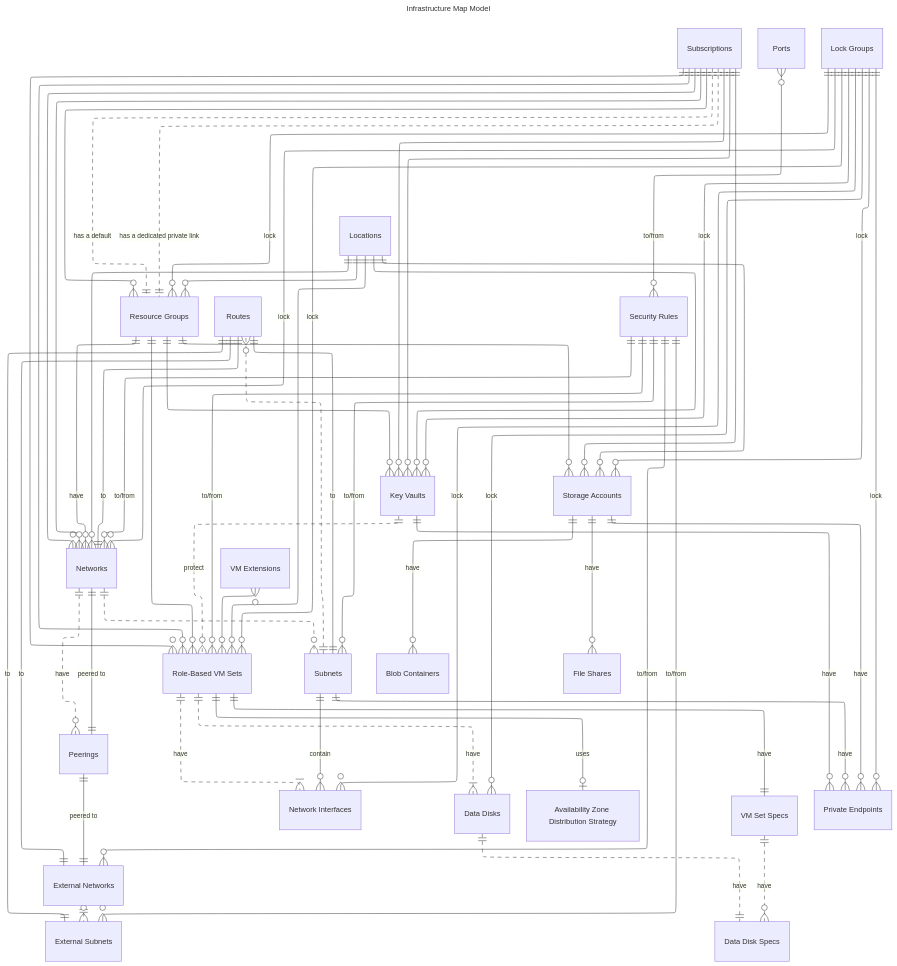
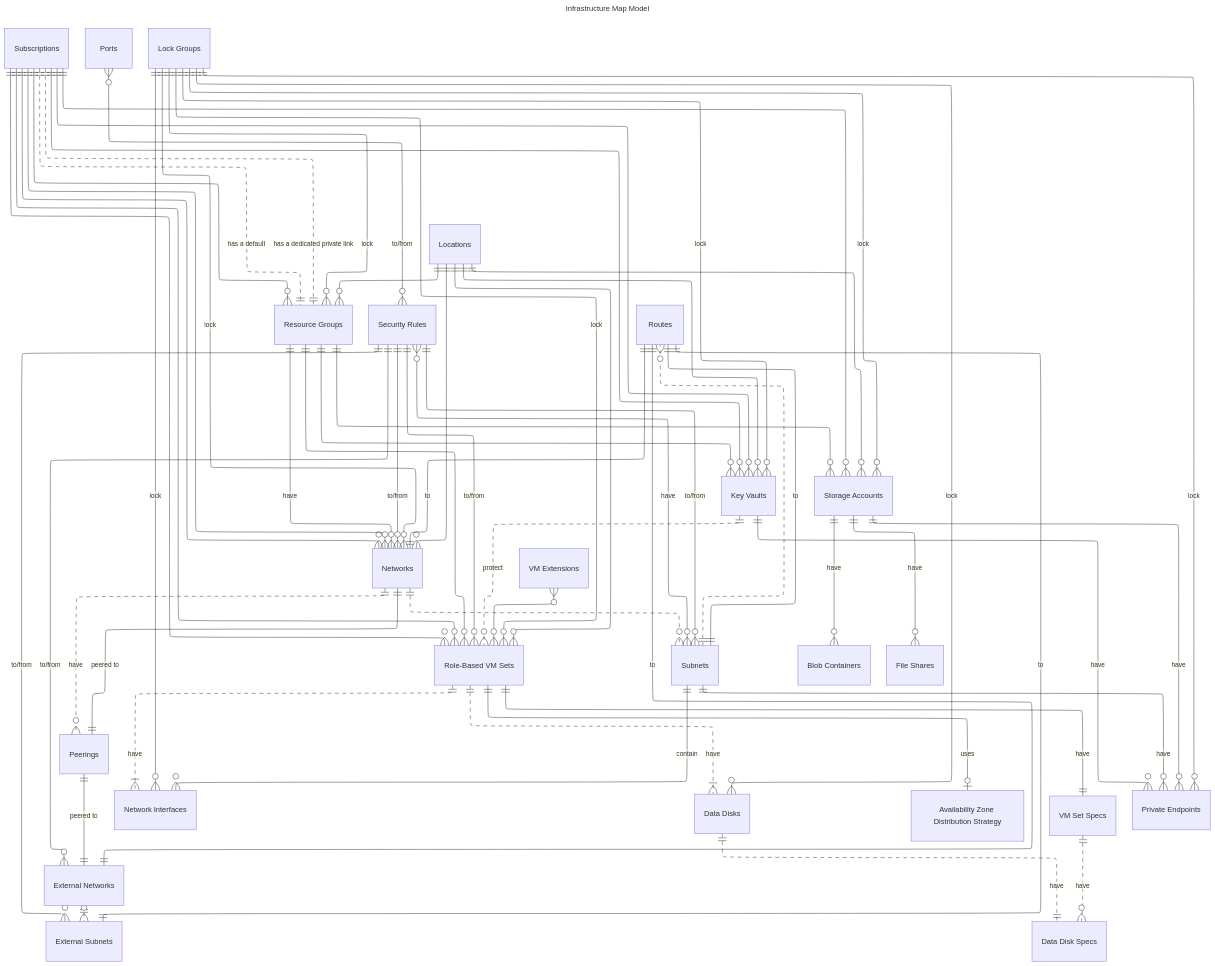
One commit to Azure/relational-infrastructure changed the diagram in README.md. Above: the diagram before and after it, drawn with Mermaid.

````diff
--- a/README.md
+++ b/README.md
@@ -9,65 +9,66 @@
 ```mermaid
 ---
 title: Infrastructure Map Model
 config:
         layout: elk
 ---
 erDiagram
   Locations ||--o{ "Resource Groups" : ""
   Locations ||--o{ "Networks" : ""
   Locations ||--o{ "Role-Based VM Sets" : ""
   Locations ||--o{ "Key Vaults" : ""
   Locations ||--o{ "Storage Accounts" : ""
   Subscriptions ||--o{ "Key Vaults" : ""
   Subscriptions ||--o{ "Resource Groups" : ""
   Subscriptions ||--o{ "Networks" : ""
   Subscriptions ||--o{ "Role-Based VM Sets" : ""
   Subscriptions ||--o{ "Storage Accounts" : ""
   "Resource Groups" ||--o{ "Role-Based VM Sets" : ""
   "Resource Groups" ||--o{ "Key Vaults" : ""
   "Resource Groups" ||--o{ "Storage Accounts" : ""
   "Subscriptions" ||..|| "Resource Groups" : "has a default"
   "Subscriptions" ||..|| "Resource Groups" : "has a dedicated private link"
   "Subscriptions" ||--o{ "Networks" : ""
   "Subscriptions" ||--o{ "Role-Based VM Sets" : ""
   "Subscriptions" ||--o{ "Key Vaults" : ""
   "VM Extensions" }o--o{ "Role-Based VM Sets" : ""
   "Networks" ||..o{ "Subnets" : ""
+  "Subnets" }o--o{ "Security Rules" : "have"
   "External Networks" ||..o{ "External Subnets" : ""
   "Subnets" ||..o{ "Routes" : ""
   "Routes" ||--|| "Networks" : "to"
   "Routes" ||--|| "External Networks" : "to"
   "Routes" ||--|| "Subnets" : "to"
   "Routes" ||--|| "External Subnets" : "to"
   "Ports" }o--o{ "Security Rules" : "to/from"
   "Security Rules" ||--o{ "Networks" : "to/from"
   "Security Rules" ||--o{ "Subnets" : "to/from"
   "Security Rules" ||--o{ "External Networks" : "to/from"
   "Security Rules" ||--o{ "External Subnets" : "to/from"
   "Security Rules" ||--o{ "Role-Based VM Sets" : "to/from"
   "Key Vaults" ||..o{ "Role-Based VM Sets" : "protect"
   "Role-Based VM Sets" ||..|{ "Network Interfaces" : "have"
   "Role-Based VM Sets" ||..|{ "Data Disks" : "have"
   "Subnets" ||--o{ "Network Interfaces" : "contain"
   "Role-Based VM Sets" ||--o| "Availability Zone Distribution Strategy" : "uses"
   "Role-Based VM Sets" ||--|| "VM Set Specs" : "have"
   "VM Set Specs" ||..o{ "Data Disk Specs" : "have"
   "Data Disks" ||..|| "Data Disk Specs" : "have"
   "Resource Groups" ||--o{ "Networks" : "have"
   "Key Vaults" ||--o{ "Private Endpoints" : "have"
   "Subnets" ||--o{ "Private Endpoints" : "have"
   "Storage Accounts" ||--o{ "Private Endpoints" : "have"
   "Networks" ||..o{ "Peerings" : "have"
   "Peerings" ||--|| "Networks" : "peered to"
   "Peerings" ||--|| "External Networks" : "peered to"
   "Lock Groups" ||--o{ "Resource Groups" : "lock"
   "Lock Groups" ||--o{ "Networks" : "lock"
   "Lock Groups" ||--o{ "Key Vaults" : "lock"
   "Lock Groups" ||--o{ "Role-Based VM Sets" : "lock"
   "Lock Groups" ||--o{ "Data Disks" : "lock"
   "Lock Groups" ||--o{ "Network Interfaces" : "lock"
   "Lock Groups" ||--o{ "Private Endpoints" : "lock"
   "Lock Groups" ||--o{ "Storage Accounts" : "lock"
   "Storage Accounts" ||--o{ "Blob Containers" : "have"
   "Storage Accounts" ||--o{ "File Shares" : "have"
 ```
````
